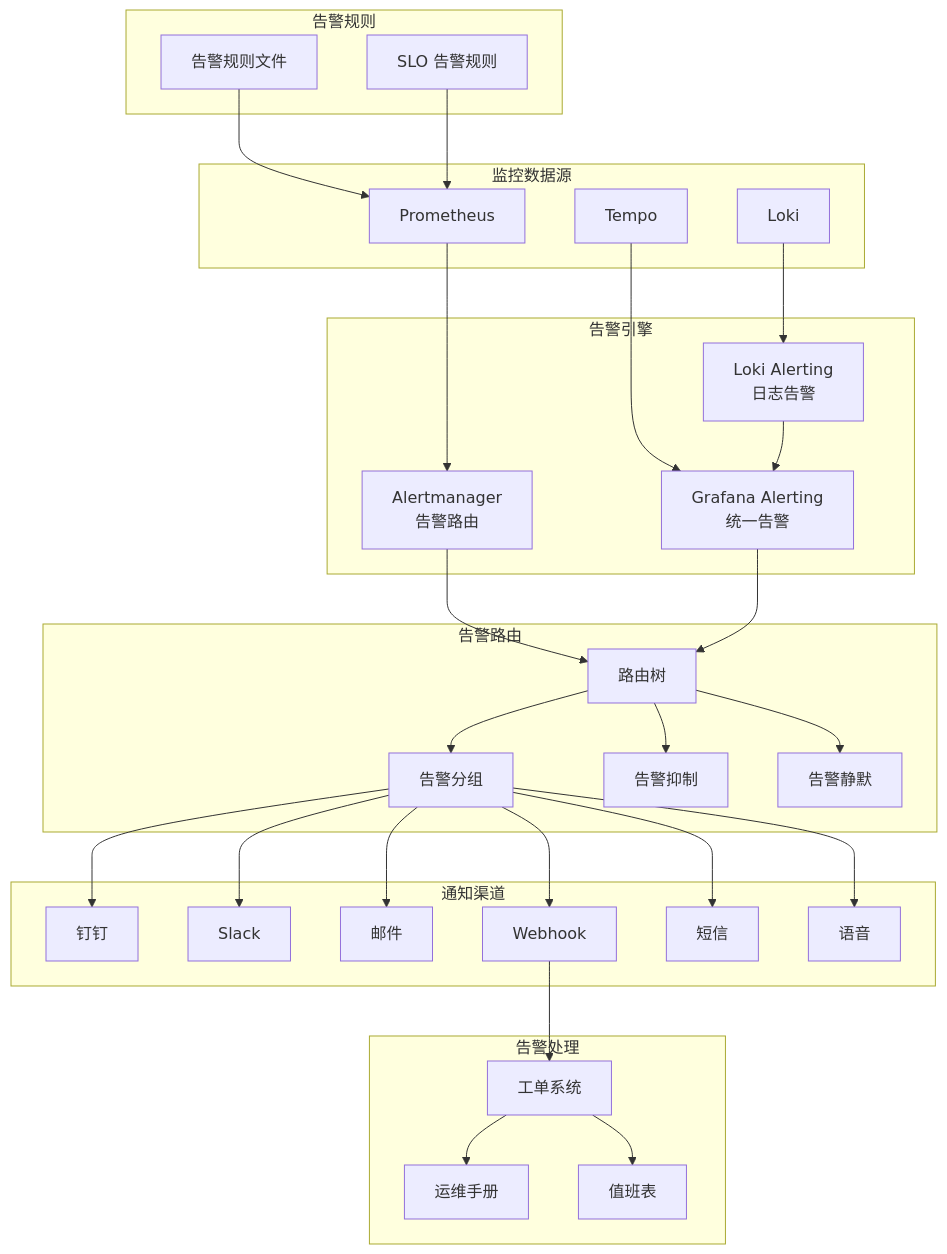
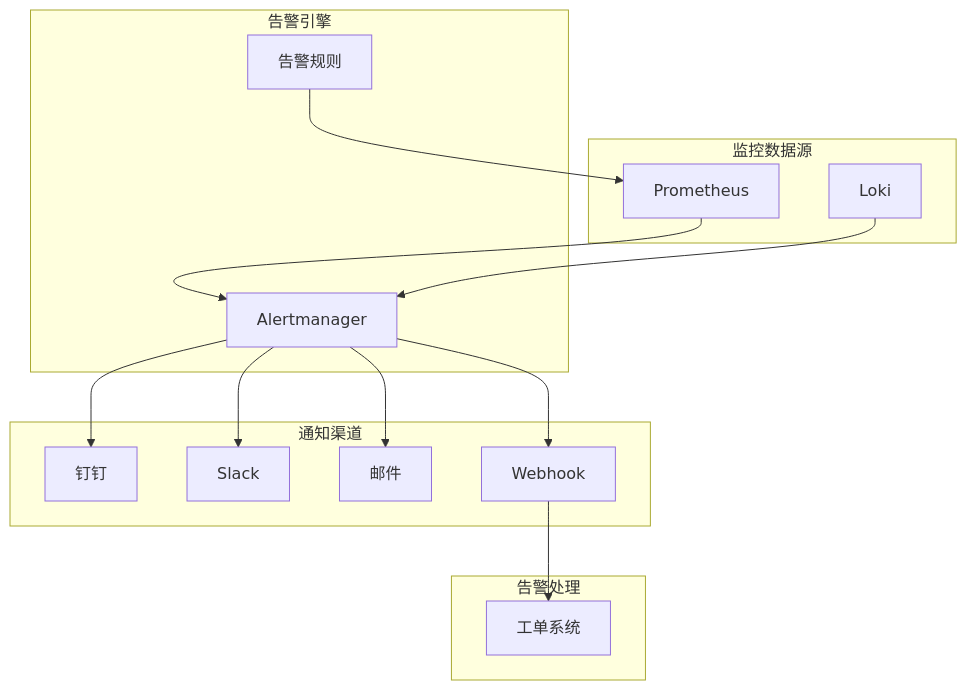
The sixth of 8 diagrams in src/content/docs/api-gateway/higress/79731151-higress-observability-architecture-guide.md (wssaidong/caishaodong.blog), drawn with Mermaid before and after one commit. The commit also changed other lines of this file and 1 other file, not shown here.

````diff
--- a/src/content/docs/api-gateway/higress/79731151-higress-observability-architecture-guide.md
+++ b/src/content/docs/api-gateway/higress/79731151-higress-observability-architecture-guide.md
@@ -2076,67 +923,32 @@
 ```mermaid
 flowchart TB
     subgraph "监控数据源"
         PROM[Prometheus]
         LOKI[Loki]
-        TEMPO[Tempo]
     end
-    
+
     subgraph "告警引擎"
-        ALERTMGR[Alertmanager<br/>告警路由]
-        LOKI_A[Loki Alerting<br/>日志告警]
-        GRAFANA_A[Grafana Alerting<br/>统一告警]
+        ALERTMGR[Alertmanager]
+        RULES[告警规则]
     end
-    
-    subgraph "告警规则"
-        RULES[告警规则文件]
-        SLO_RULES[SLO 告警规则]
-    end
-    
-    subgraph "告警路由"
-        ROUTE[路由树]
-        GROUP[告警分组]
-        INHIBIT[告警抑制]
-        SILENCE[告警静默]
-    end
-    
+
     subgraph "通知渠道"
         DING[钉钉]
         SLACK[Slack]
         EMAIL[邮件]
         WEBHOOK[Webhook]
-        SMS[短信]
-        VOICE[语音]
     end
-    
+
     subgraph "告警处理"
         INCIDENT[工单系统]
-        RUNBOOK[运维手册]
-        ONCALL[值班表]
     end
-    
+
+    RULES --> PROM
     PROM --> ALERTMGR
-    LOKI --> LOKI_A
-    TEMPO --> GRAFANA_A
-    
-    RULES --> PROM
-    SLO_RULES --> PROM
-    
-    ALERTMGR --> ROUTE
-    LOKI_A --> GRAFANA_A
-    GRAFANA_A --> ROUTE
-    
-    ROUTE --> GROUP
-    ROUTE --> INHIBIT
-    ROUTE --> SILENCE
-    
-    GROUP --> DING
-    GROUP --> SLACK
-    GROUP --> EMAIL
-    GROUP --> WEBHOOK
-    GROUP --> SMS
-    GROUP --> VOICE
-    
+    LOKI --> ALERTMGR
+    ALERTMGR --> DING
+    ALERTMGR --> SLACK
+    ALERTMGR --> EMAIL
+    ALERTMGR --> WEBHOOK
     WEBHOOK --> INCIDENT
-    INCIDENT --> RUNBOOK
-    INCIDENT --> ONCALL
 ```
````
